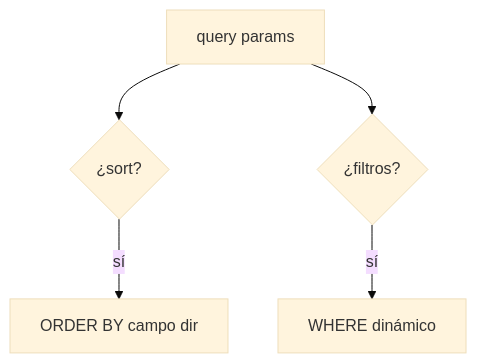
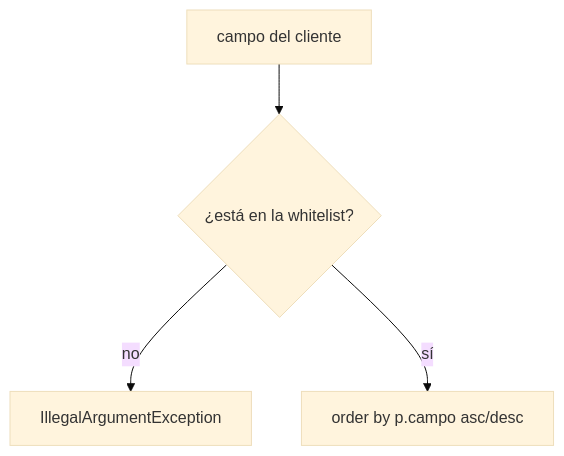
The second of 5 diagrams in Programación/Aprendizaje autodidacta/11_APIRESTMasterclass/teoria/15_Consultas_Avanzadas.md (obiticadev/DAM-2025-26), drawn with Mermaid (base theme) before and after one commit. The commit also changed other lines of this file and 69 other files, not shown here.

````diff
--- a/Programación/Aprendizaje autodidacta/11_APIRESTMasterclass/teoria/15_Consultas_Avanzadas.md
+++ b/Programación/Aprendizaje autodidacta/11_APIRESTMasterclass/teoria/15_Consultas_Avanzadas.md
@@ -22,7 +94,6 @@
 ```mermaid
 flowchart TD
-    P[query params] --> S{¿sort?}
-    S -->|sí| O[ORDER BY campo dir]
-    P --> F{¿filtros?}
-    F -->|sí| W[WHERE dinámico]
+    P["campo del cliente"] --> W{¿está en la whitelist?}
+    W -->|no| E["IllegalArgumentException"]
+    W -->|sí| O["order by p.campo asc/desc"]
 ```
````
